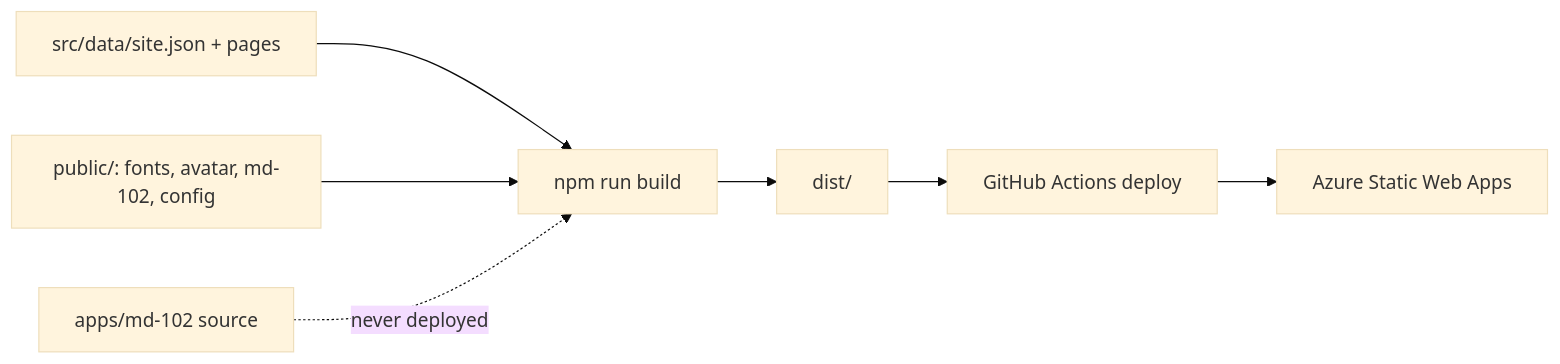
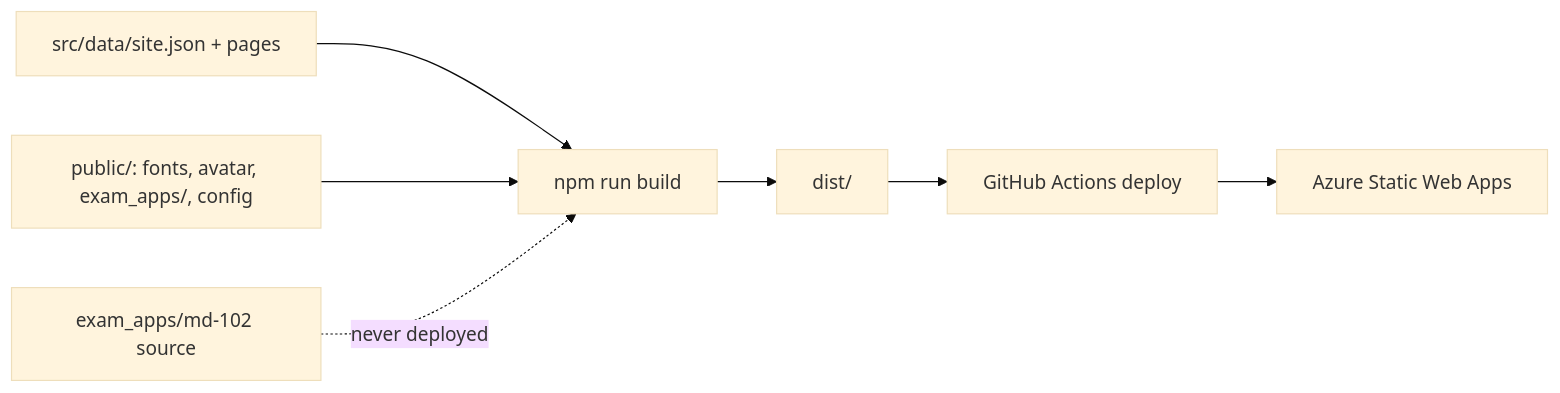
One commit to theknoxtech/jonwitherspoon.com changed the diagram in docs/plans/proposed/2026-11-15-personal-site.md. Above: the diagram before and after it, drawn with Mermaid (base theme). The commit also changed other lines of this file and 33 other files, not shown here.

````diff
--- a/docs/plans/proposed/2026-11-15-personal-site.md
+++ b/docs/plans/proposed/2026-11-15-personal-site.md
@@ -22,9 +22,9 @@
 ```mermaid
 flowchart LR
   A[src/data/site.json + pages] --> B[npm run build]
-  C[public/: fonts, avatar, md-102, config] --> B
+  C[public/: fonts, avatar, exam_apps/, config] --> B
   B --> D[dist/]
   D --> E[GitHub Actions deploy]
   E --> F[Azure Static Web Apps]
-  G[apps/md-102 source] -. never deployed .-> B
+  G[exam_apps/md-102 source] -. never deployed .-> B
 ```
````
